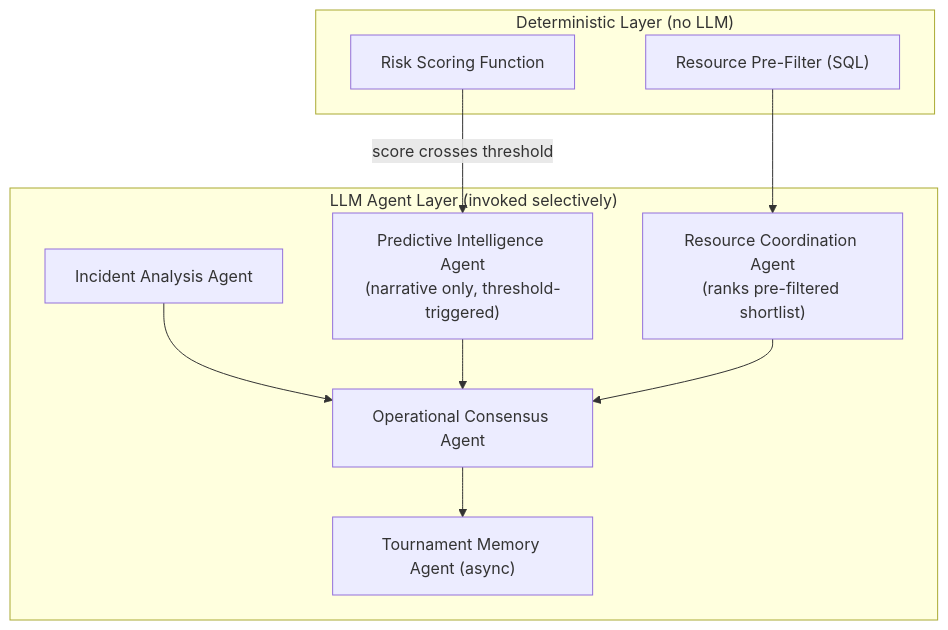
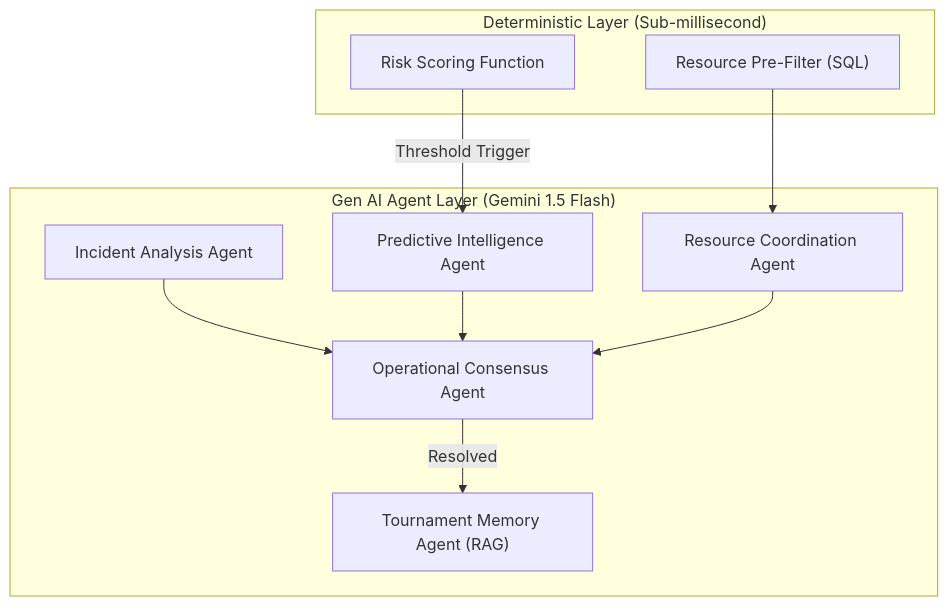
The diagram in README.md (JENX-5/StadiumPulse), drawn with Mermaid before and after one commit. The commit also changed other lines of this file and 27 other files, not shown here.

````diff
--- a/README.md
+++ b/README.md
@@ -24,22 +68,22 @@
 ```mermaid
 flowchart TB
-    subgraph Deterministic["Deterministic Layer (no LLM)"]
+    subgraph Deterministic["Deterministic Layer (Sub-millisecond)"]
         SCORER["Risk Scoring Function"]
         FILTER["Resource Pre-Filter (SQL)"]
     end
 
-    subgraph LLMAgents["LLM Agent Layer (invoked selectively)"]
-        PIA["Predictive Intelligence Agent\n(narrative only, threshold-triggered)"]
+    subgraph LLMAgents["Gen AI Agent Layer (Gemini 1.5 Flash)"]
+        PIA["Predictive Intelligence Agent"]
         IAA["Incident Analysis Agent"]
-        RCA["Resource Coordination Agent\n(ranks pre-filtered shortlist)"]
+        RCA["Resource Coordination Agent"]
         OCA["Operational Consensus Agent"]
-        TMA["Tournament Memory Agent (async)"]
+        TMA["Tournament Memory Agent (RAG)"]
     end
 
-    SCORER -- "score crosses threshold" --> PIA
+    SCORER -- "Threshold Trigger" --> PIA
     IAA --> OCA
     PIA --> OCA
     FILTER --> RCA
     RCA --> OCA
-    OCA --> TMA
+    OCA -- "Resolved" --> TMA
 ```
````
